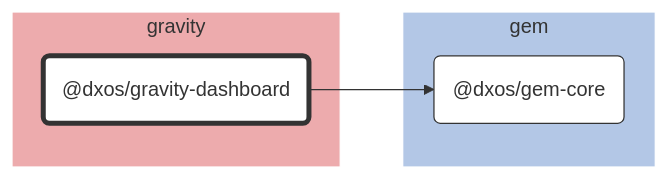
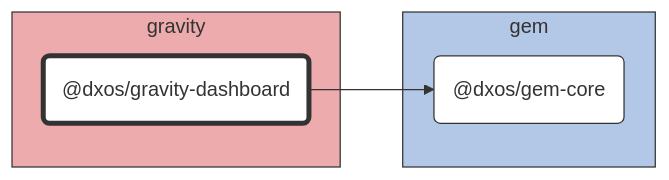
One commit to dxos/dxos changed the diagram in packages/gravity/gravity-dashboard/docs/README.md. Above: the diagram before and after it, drawn with Mermaid. The commit also changed 89 other files, not shown here.

````diff
--- a/packages/gravity/gravity-dashboard/docs/README.md
+++ b/packages/gravity/gravity-dashboard/docs/README.md
@@ -7,27 +7,27 @@
 ```mermaid
 %%{ init: {'flowchart':{'curve':'basis'}} }%%
 
 flowchart LR
 
 %% Classes
 classDef def fill:#fff,stroke:#333,stroke-width:1px
 classDef root fill:#fff,stroke:#333,stroke-width:4px
 
 %% Nodes
 
 subgraph gravity [gravity]
-  style gravity fill:#edabad,stroke:#fff
+  style gravity fill:#edabad,stroke:#333
   dxos/gravity-dashboard("@dxos/gravity-dashboard"):::root
   click dxos/gravity-dashboard "dxos/dxos/tree/main/packages/gravity/gravity-dashboard/docs"
 end
 
 subgraph gem [gem]
-  style gem fill:#b3c7e6,stroke:#fff
+  style gem fill:#b3c7e6,stroke:#333
   dxos/gem-core("@dxos/gem-core"):::def
   click dxos/gem-core "dxos/dxos/tree/main/packages/gem/gem-core/docs"
 end
 
 %% Links
 linkStyle default stroke:#333,stroke-width:1px
 dxos/gravity-dashboard --> dxos/gem-core
 ```
````
